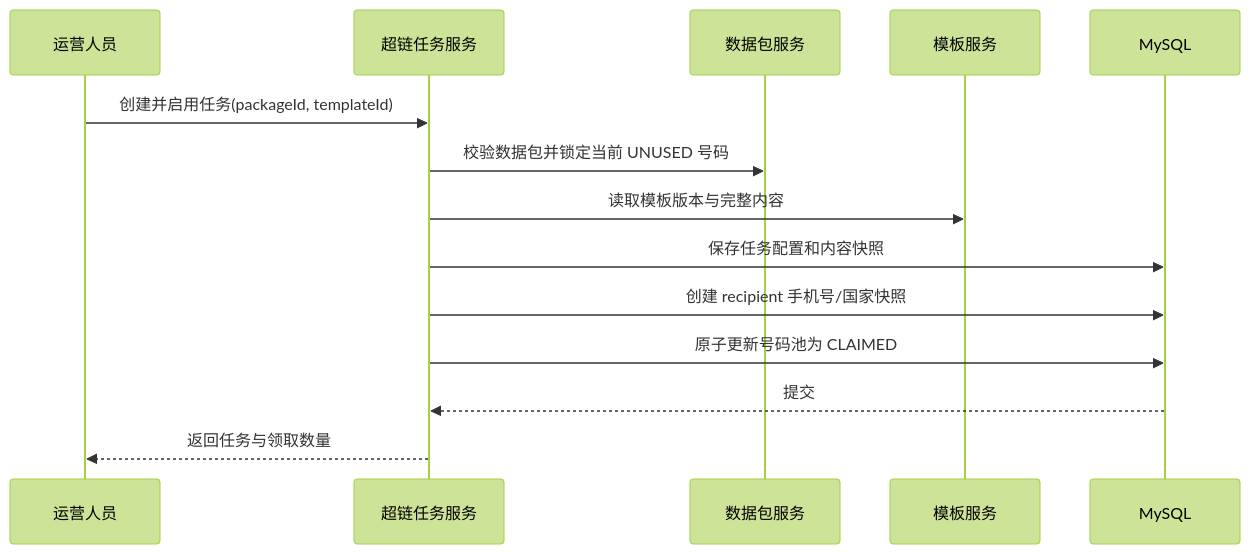
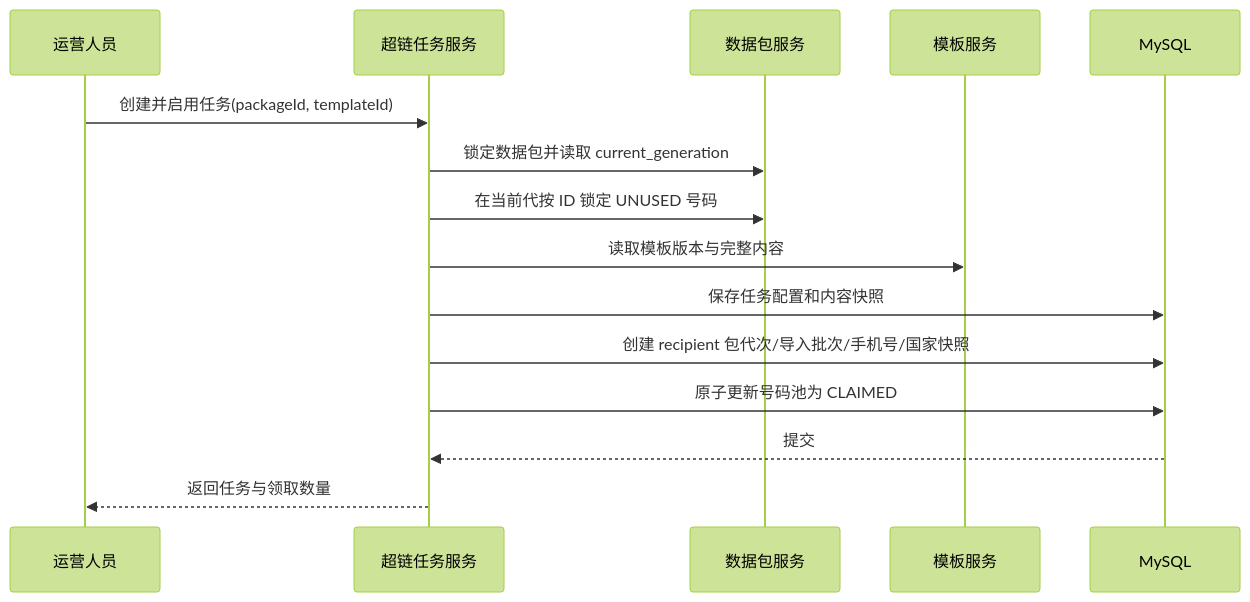
Before and after one commit to itdxzss/armada: the second of 2 diagrams in docs/superpowers/specs/2026-08-27-hyperlink-data-template-phase1-design.md, drawn with Mermaid (forest theme). The commit also changed other lines of this file and 2 other files, not shown here.

Commit message:
docs(hyperlink): finalize phase one architecture

````diff
--- a/docs/superpowers/specs/2026-08-27-hyperlink-data-template-phase1-design.md
+++ b/docs/superpowers/specs/2026-08-27-hyperlink-data-template-phase1-design.md
@@ -848,17 +884,18 @@
 ```mermaid
 sequenceDiagram
     participant U as 运营人员
     participant T as 超链任务服务
     participant D as 数据包服务
     participant M as 模板服务
     participant DB as MySQL
 
     U->>T: 创建并启用任务(packageId, templateId)
-    T->>D: 校验数据包并锁定当前 UNUSED 号码
+    T->>D: 锁定数据包并读取 current_generation
+    T->>D: 在当前代按 ID 锁定 UNUSED 号码
     T->>M: 读取模板版本与完整内容
     T->>DB: 保存任务配置和内容快照
-    T->>DB: 创建 recipient 手机号/国家快照
+    T->>DB: 创建 recipient 包代次/导入批次/手机号/国家快照
     T->>DB: 原子更新号码池为 CLAIMED
     DB-->>T: 提交
     T-->>U: 返回任务与领取数量
 ```
````
